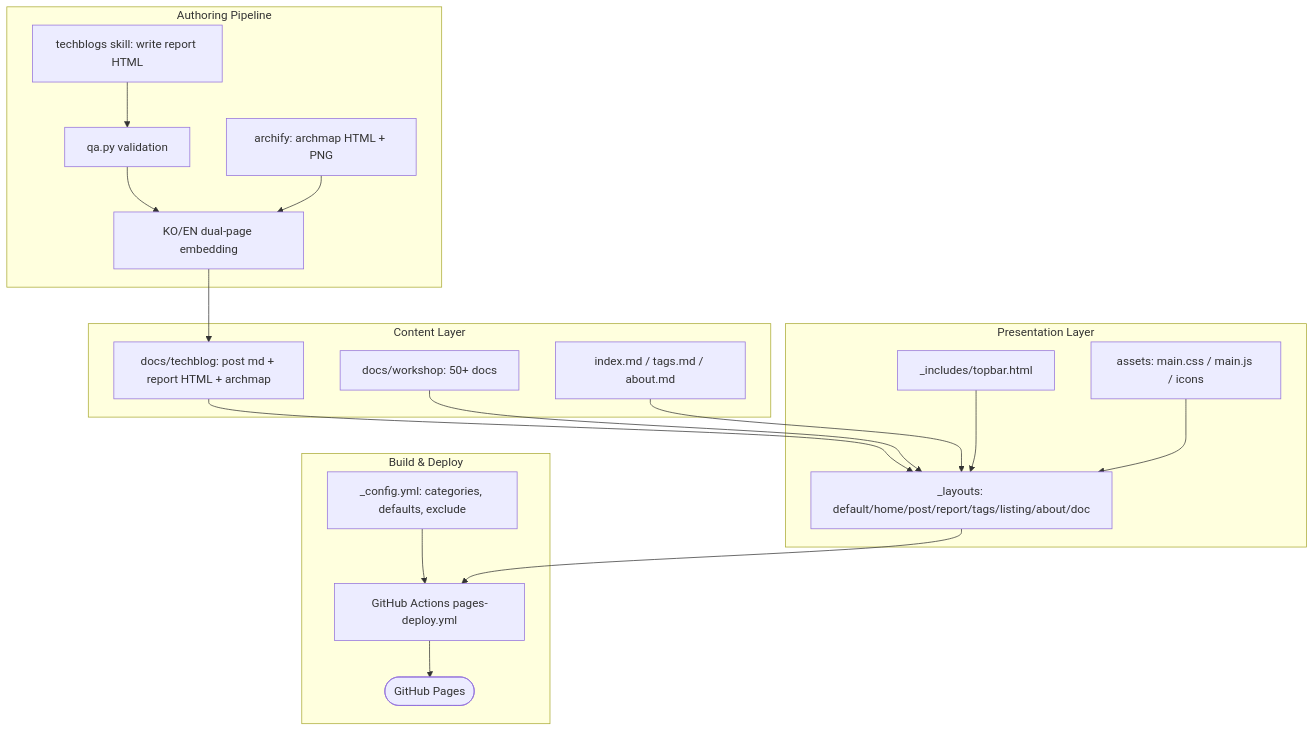
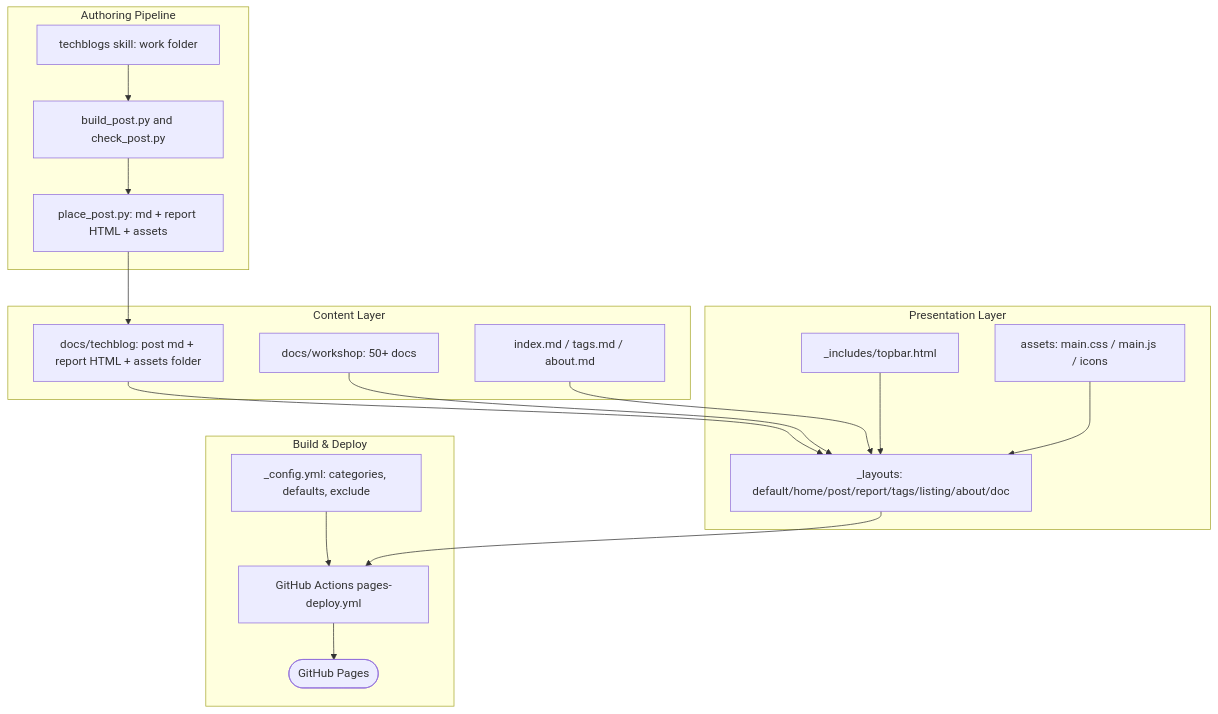
Before and after one commit to whchoi98/whchoi98.github.io: the third of 4 diagrams in docs/architecture.md, drawn with Mermaid. The commit also changed other lines of this file and 9 other files, not shown here.

First line of the commit message:
docs: describe the new publishing flow in README, architecture and onboarding

````diff
--- a/docs/architecture.md
+++ b/docs/architecture.md
@@ -152,32 +151,31 @@
 ```mermaid
 flowchart TB
   subgraph authoring[Authoring Pipeline]
-    W[techblogs skill: write report HTML] --> Q[qa.py validation]
-    Q --> T[KO/EN dual-page embedding]
-    A[archify: archmap HTML + PNG] --> T
+    W[techblogs skill: work folder] --> Q[build_post.py and check_post.py]
+    Q --> T[place_post.py: md + report HTML + assets]
   end
   subgraph content[Content Layer]
-    P[docs/techblog: post md + report HTML + archmap]
+    P[docs/techblog: post md + report HTML + assets folder]
     K[docs/workshop: 50+ docs]
     R[index.md / tags.md / about.md]
   end
   subgraph presentation[Presentation Layer]
     L[_layouts: default/home/post/report/tags/listing/about/doc]
     I[_includes/topbar.html]
     C[assets: main.css / main.js / icons]
   end
   subgraph build[Build & Deploy]
     G[_config.yml: categories, defaults, exclude]
     GA[GitHub Actions pages-deploy.yml]
     GP([GitHub Pages])
   end
   T --> P
   P --> L
   K --> L
   R --> L
   I --> L
   C --> L
   G --> GA
   L --> GA
   GA --> GP
 ```
````
